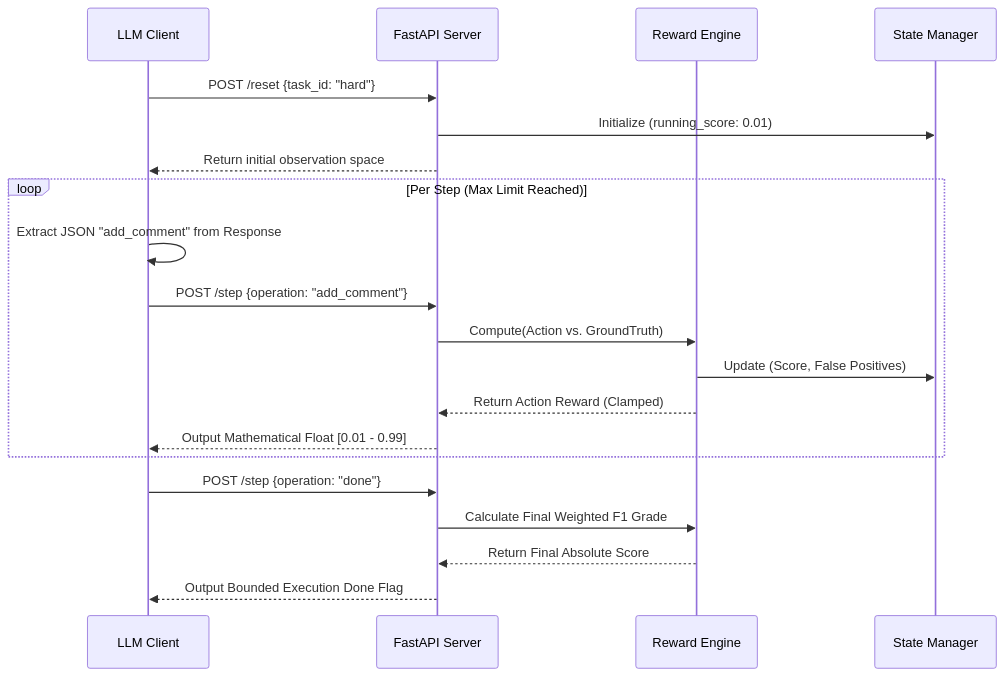
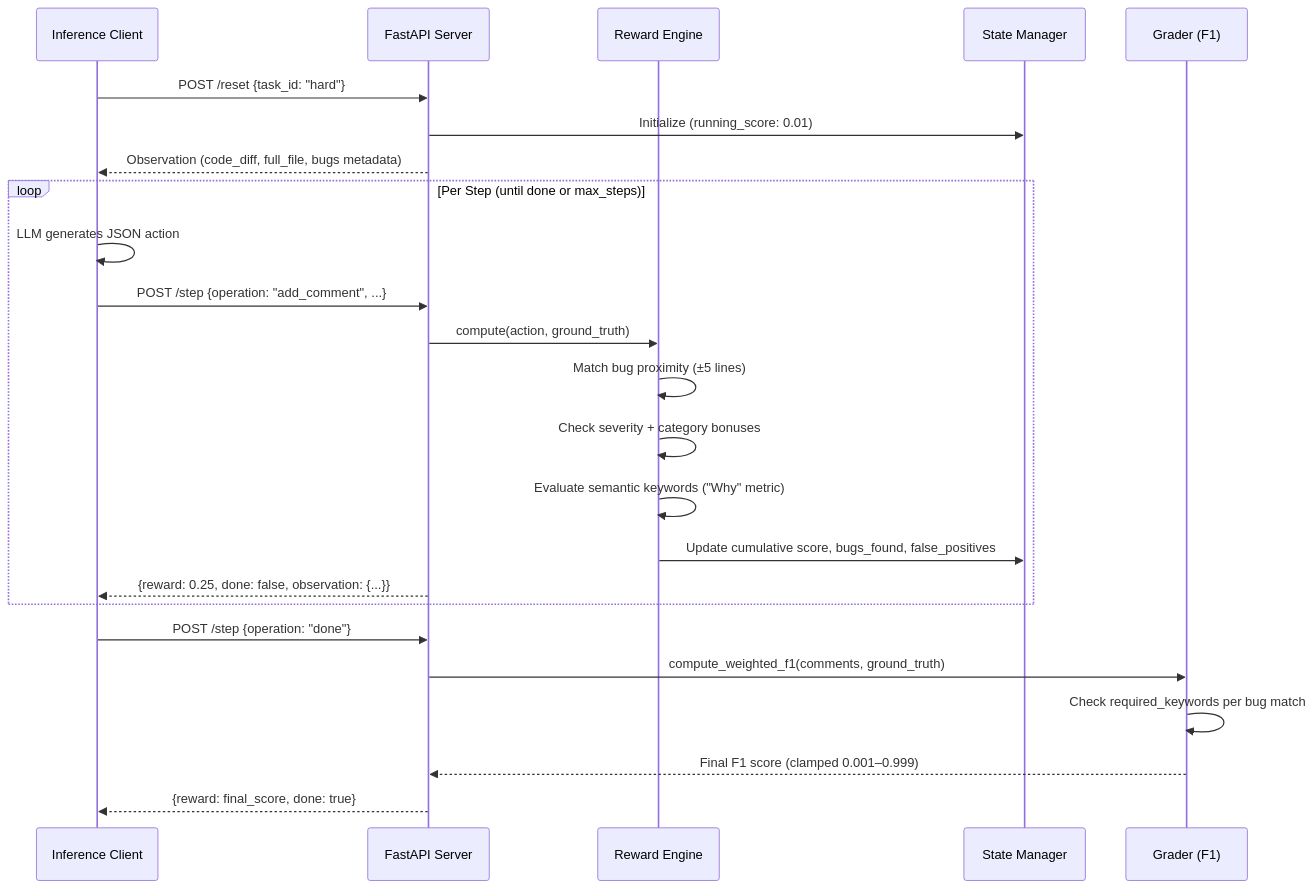
One commit to DeeppParmar/code-reviewer changed the diagram in ARCHITECTURE_BLUEPRINT.md. Above: the diagram before and after it, drawn with Mermaid. The commit also changed other lines of this file and 11 other files, not shown here.

Commit message:
Add semantic 'Why' metric, redesigned hard task, multi-model benchmarker, and findings paper

````diff
--- a/ARCHITECTURE_BLUEPRINT.md
+++ b/ARCHITECTURE_BLUEPRINT.md
@@ -24,25 +66,29 @@
 ```mermaid
 sequenceDiagram
-    participant LLM Client
-    participant FastAPI Server
-    participant Reward Engine
-    participant State Manager
+    participant Client as Inference Client
+    participant API as FastAPI Server
+    participant Reward as Reward Engine
+    participant State as State Manager
+    participant Grader as Grader (F1)
 
-    LLM Client->>FastAPI Server: POST /reset {task_id: "hard"}
-    FastAPI Server->>State Manager: Initialize (running_score: 0.01)
-    FastAPI Server-->>LLM Client: Return initial observation space
-    
-    loop Per Step (Max Limit Reached)
-        LLM Client->>LLM Client: Extract JSON "add_comment" from Response
-        LLM Client->>FastAPI Server: POST /step {operation: "add_comment"}
-        FastAPI Server->>Reward Engine: Compute(Action vs. GroundTruth)
-        Reward Engine->>State Manager: Update (Score, False Positives)
-        Reward Engine-->>FastAPI Server: Return Action Reward (Clamped)
-        FastAPI Server-->>LLM Client: Output Mathematical Float [0.01 - 0.99]
+    Client->>API: POST /reset {task_id: "hard"}
+    API->>State: Initialize (running_score: 0.01)
+    API-->>Client: Observation (code_diff, full_file, bugs metadata)
+
+    loop Per Step (until done or max_steps)
+        Client->>Client: LLM generates JSON action
+        Client->>API: POST /step {operation: "add_comment", ...}
+        API->>Reward: compute(action, ground_truth)
+        Reward->>Reward: Match bug proximity (±5 lines)
+        Reward->>Reward: Check severity + category bonuses
+        Reward->>Reward: Evaluate semantic keywords ("Why" metric)
+        Reward->>State: Update cumulative score, bugs_found, false_positives
+        API-->>Client: {reward: 0.25, done: false, observation: {...}}
     end
 
-    LLM Client->>FastAPI Server: POST /step {operation: "done"}
-    FastAPI Server->>Reward Engine: Calculate Final Weighted F1 Grade
-    Reward Engine-->>FastAPI Server: Return Final Absolute Score
-    FastAPI Server-->>LLM Client: Output Bounded Execution Done Flag
+    Client->>API: POST /step {operation: "done"}
+    API->>Grader: compute_weighted_f1(comments, ground_truth)
+    Grader->>Grader: Check required_keywords per bug match
+    Grader-->>API: Final F1 score (clamped 0.001–0.999)
+    API-->>Client: {reward: final_score, done: true}
 ```
````
